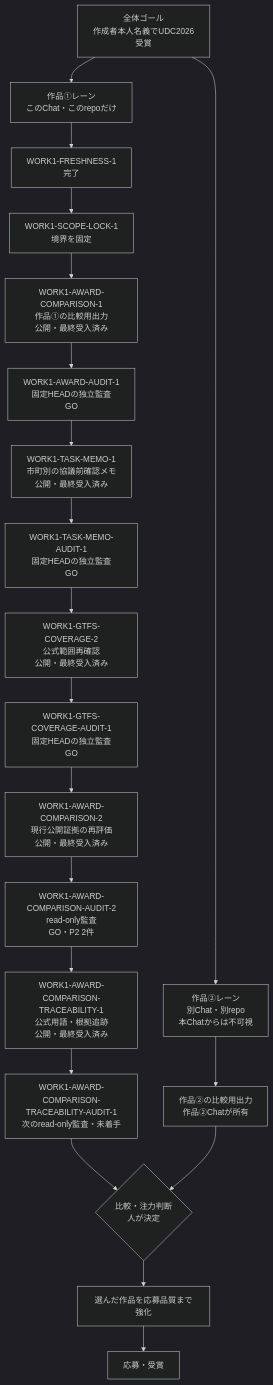
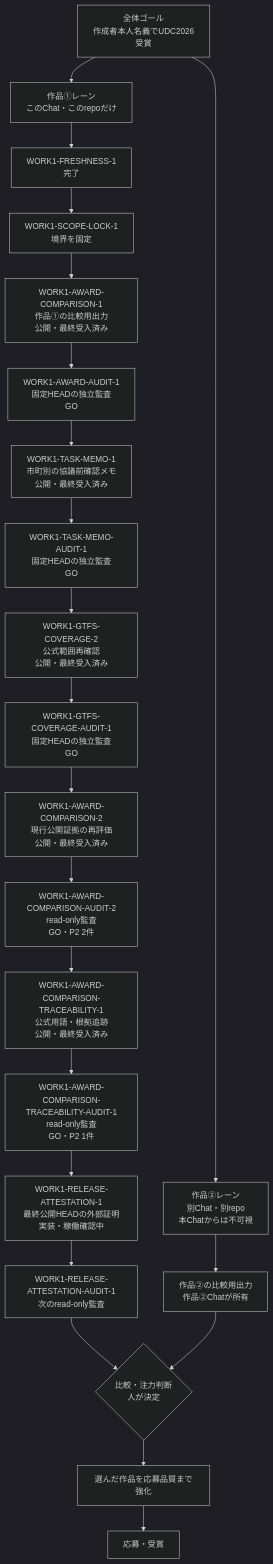
One commit to yyy-yuichi/yamaguchi-yusho-data changed the diagram in WORK_SCOPE.md. Above: the diagram before and after it, drawn with Mermaid (dark theme). The commit also changed other lines of this file and 11 other files, not shown here.

Commit message:
Add exact release attestation

````diff
--- a/WORK_SCOPE.md
+++ b/WORK_SCOPE.md
@@ -20,28 +20,30 @@
 ```mermaid
 flowchart TD
     G["全体ゴール<br/>作成者本人名義でUDC2026受賞"]
     W1["作品①レーン<br/>このChat・このrepoだけ"]
     W2["作品②レーン<br/>別Chat・別repo<br/>本Chatからは不可視"]
     F["WORK1-FRESHNESS-1<br/>完了"]
     L["WORK1-SCOPE-LOCK-1<br/>境界を固定"]
     C1["WORK1-AWARD-COMPARISON-1<br/>作品①の比較用出力<br/>公開・最終受入済み"]
     A1["WORK1-AWARD-AUDIT-1<br/>固定HEADの独立監査<br/>GO"]
     M1["WORK1-TASK-MEMO-1<br/>市町別の協議前確認メモ<br/>公開・最終受入済み"]
     A2["WORK1-TASK-MEMO-AUDIT-1<br/>固定HEADの独立監査<br/>GO"]
     V1["WORK1-GTFS-COVERAGE-2<br/>公式範囲再確認<br/>公開・最終受入済み"]
     V2["WORK1-GTFS-COVERAGE-AUDIT-1<br/>固定HEADの独立監査<br/>GO"]
     C3["WORK1-AWARD-COMPARISON-2<br/>現行公開証拠の再評価<br/>公開・最終受入済み"]
     C4["WORK1-AWARD-COMPARISON-AUDIT-2<br/>read-only監査<br/>GO・P2 2件"]
     T1["WORK1-AWARD-COMPARISON-TRACEABILITY-1<br/>公式用語・根拠追跡<br/>公開・最終受入済み"]
-    T2["WORK1-AWARD-COMPARISON-TRACEABILITY-AUDIT-1<br/>次のread-only監査・未着手"]
+    T2["WORK1-AWARD-COMPARISON-TRACEABILITY-AUDIT-1<br/>read-only監査<br/>GO・P2 1件"]
+    R1["WORK1-RELEASE-ATTESTATION-1<br/>最終公開HEADの外部証明<br/>実装・稼働確認中"]
+    R2["WORK1-RELEASE-ATTESTATION-AUDIT-1<br/>次のread-only監査"]
     C2["作品②の比較用出力<br/>作品②Chatが所有"]
     D{"比較・注力判断<br/>人が決定"}
     S["選んだ作品を応募品質まで強化"]
     A["応募・受賞"]
 
     G --> W1
     G --> W2
-    W1 --> F --> L --> C1 --> A1 --> M1 --> A2 --> V1 --> V2 --> C3 --> C4 --> T1 --> T2 --> D
+    W1 --> F --> L --> C1 --> A1 --> M1 --> A2 --> V1 --> V2 --> C3 --> C4 --> T1 --> T2 --> R1 --> R2 --> D
     W2 --> C2 --> D
     D --> S --> A
 ```
````
